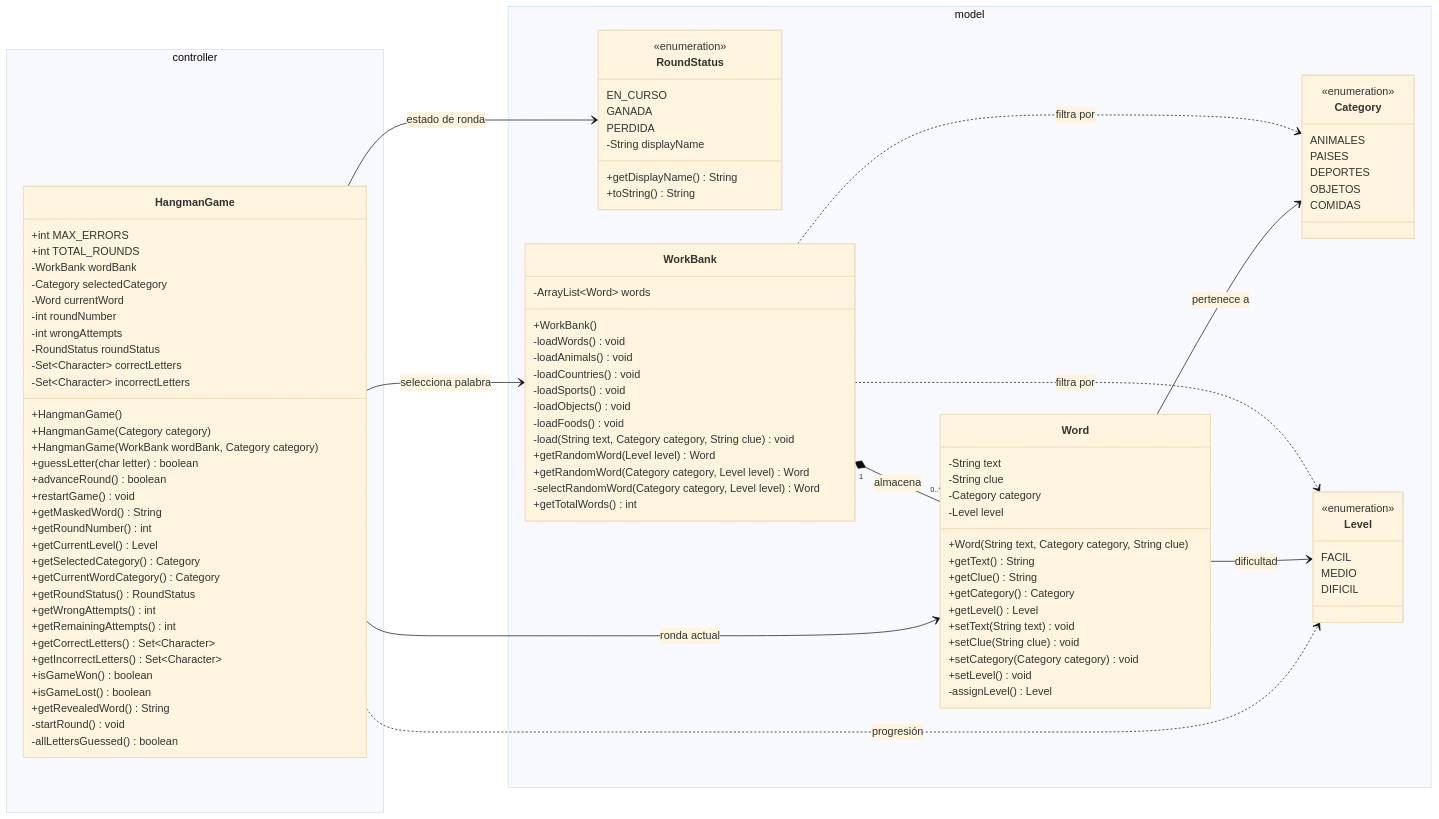
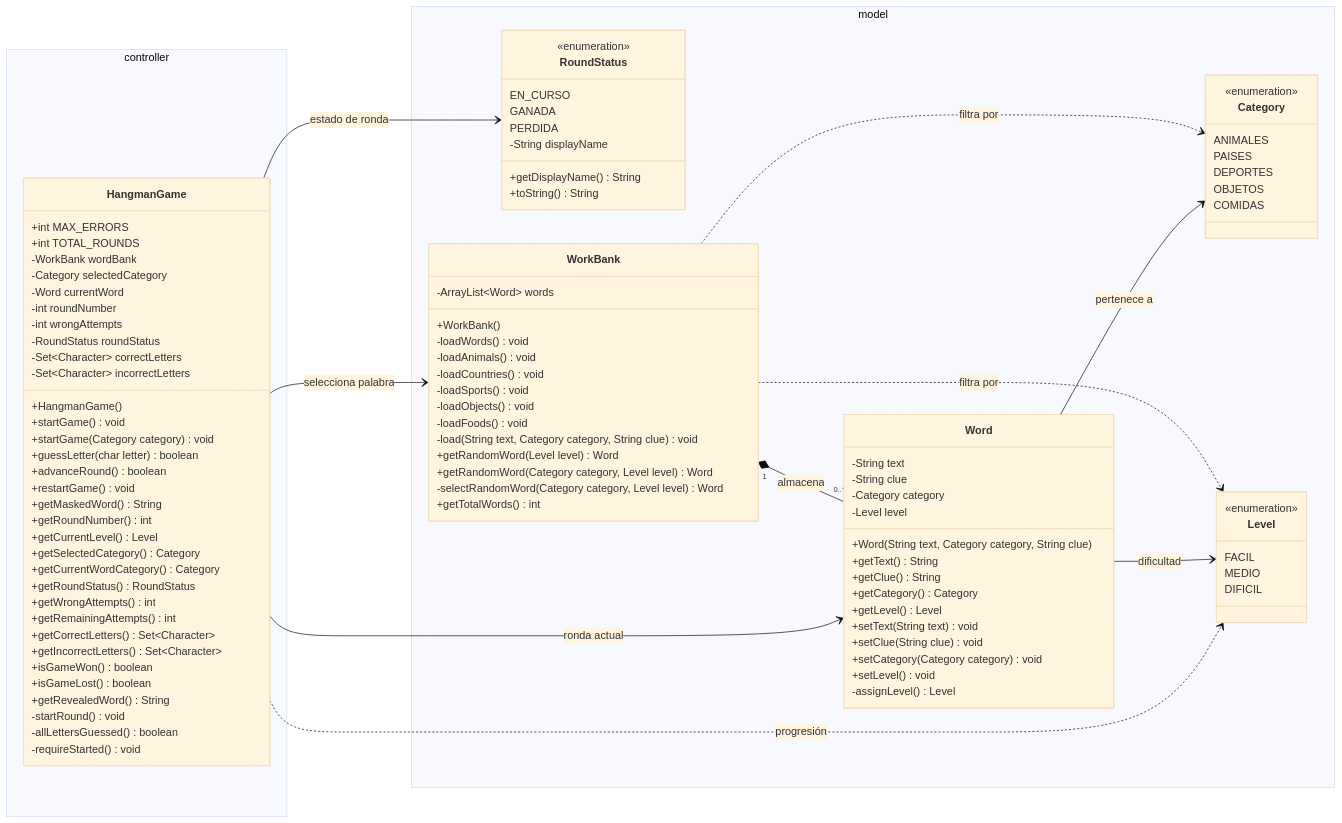
One commit to nunatogo/hangman changed the diagram in README.md. Above: the diagram before and after it, drawn with Mermaid (base theme). The commit also changed other lines of this file and 4 other files, not shown here.

```diff
--- a/README.md
+++ b/README.md
@@ -70,8 +70,8 @@
         -Set~Character~ correctLetters
         -Set~Character~ incorrectLetters
         +HangmanGame()
-        +HangmanGame(Category category)
-        +HangmanGame(WorkBank wordBank, Category category)
+        +startGame() void
+        +startGame(Category category) void
         +guessLetter(char letter) boolean
         +advanceRound() boolean
         +restartGame() void
@@ -90,6 +90,7 @@
         +getRevealedWord() String
         -startRound() void
         -allLettersGuessed() boolean
+        -requireStarted() void
     }
 
     }
```
